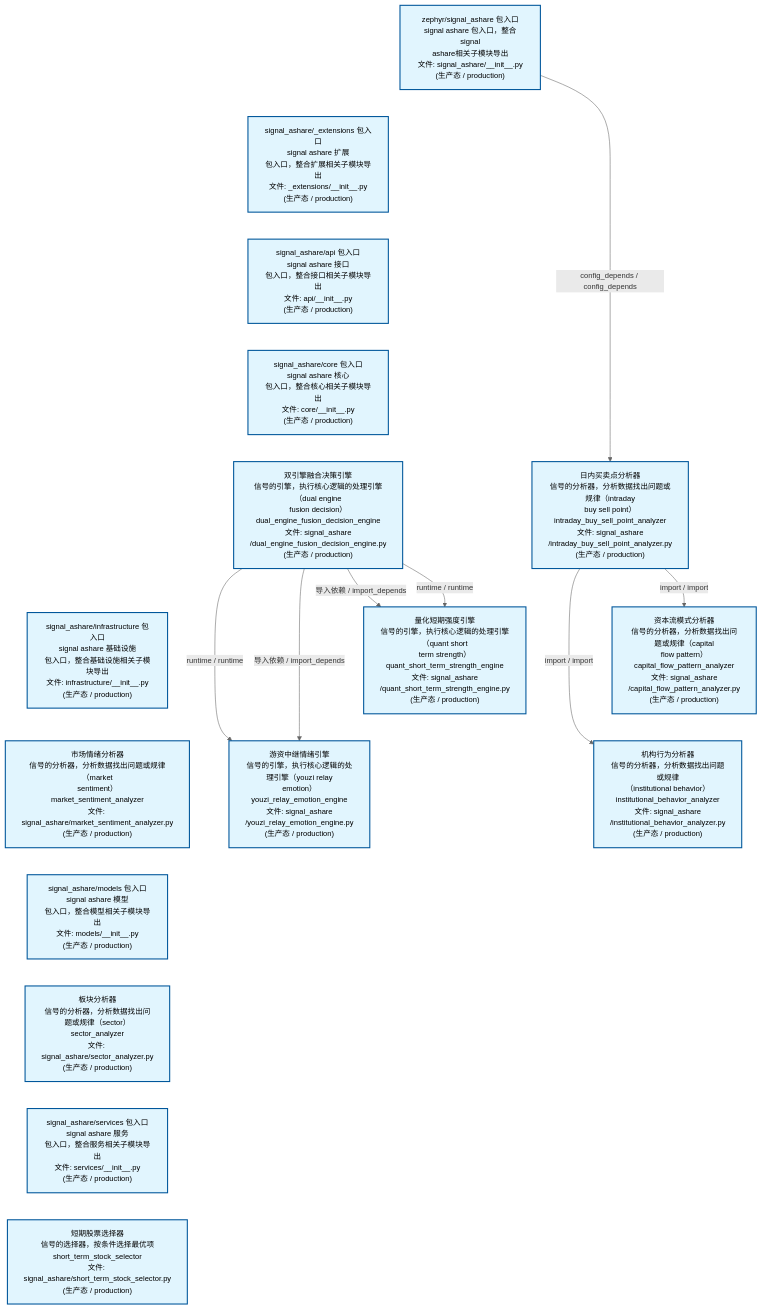
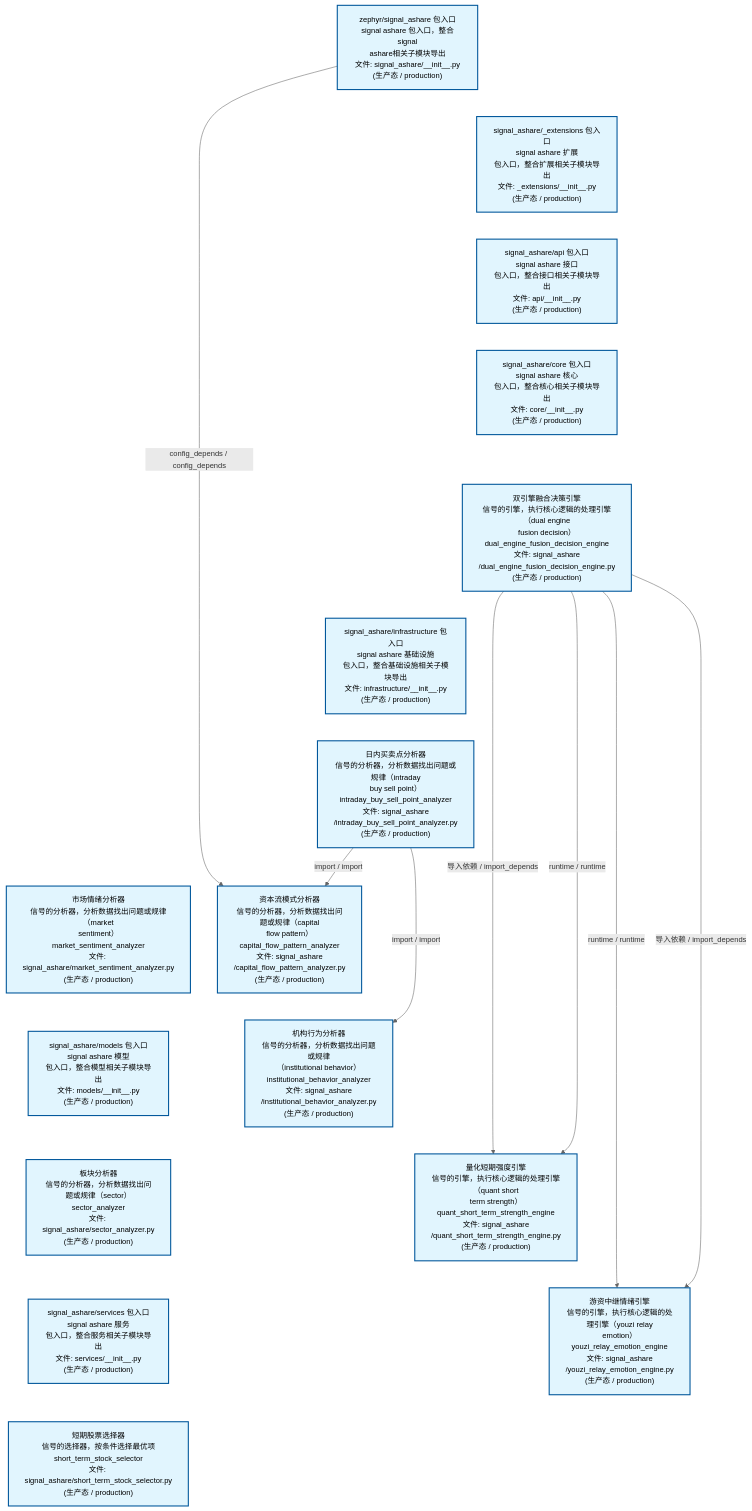
The second of 4 diagrams in docs/02_enterprise_architecture/02_domain_architecture_docs/32_d_ashare_signal.md (xuanFelixVan/ZephyrAlpha), drawn with Mermaid before and after one commit. The commit also changed other lines of this file and 44 other files, not shown here.

````diff
--- a/docs/02_enterprise_architecture/02_domain_architecture_docs/32_d_ashare_signal.md
+++ b/docs/02_enterprise_architecture/02_domain_architecture_docs/32_d_ashare_signal.md
@@ -111,45 +112,46 @@
 ```mermaid
 %%{init: {'theme': 'base', 'themeVariables': {'primaryColor': '#eaeaea', 'primaryTextColor': '#333333', 'primaryBorderColor': '#666666', 'lineColor': '#666666', 'secondaryColor': '#eaeaea', 'tertiaryColor': '#eaeaea', 'fontSize': '14px'}}}%%
 flowchart TD
     src_zephyr_signal_ashare_init_py["zephyr/signal_ashare 包入口<br/>signal ashare 包入口，整合signal<br/>ashare相关子模块导出<br/>文件: signal_ashare/__init__.py<br/>(生产态 / production)"]
     src_zephyr_signal_ashare_extensions_init_py["signal_ashare/_extensions 包入口<br/>signal ashare 扩展<br/>包入口，整合扩展相关子模块导出<br/>文件: _extensions/__init__.py<br/>(生产态 / production)"]
     src_zephyr_signal_ashare_api_init_py["signal_ashare/api 包入口<br/>signal ashare 接口<br/>包入口，整合接口相关子模块导出<br/>文件: api/__init__.py<br/>(生产态 / production)"]
     src_zephyr_signal_ashare_core_init_py["signal_ashare/core 包入口<br/>signal ashare 核心<br/>包入口，整合核心相关子模块导出<br/>文件: core/__init__.py<br/>(生产态 / production)"]
     src_zephyr_signal_ashare_dual_engine_fusion_decision_engine_py["双引擎融合决策引擎<br/>信号的引擎，执行核心逻辑的处理引擎（dual engine<br/>fusion decision）<br/>dual_engine_fusion_decision_engine<br/>文件: signal_ashare<br/>/dual_engine_fusion_decision_engine.py<br/>(生产态 / production)"]
     src_zephyr_signal_ashare_infrastructure_init_py["signal_ashare/infrastructure 包入口<br/>signal ashare 基础设施<br/>包入口，整合基础设施相关子模块导出<br/>文件: infrastructure/__init__.py<br/>(生产态 / production)"]
+    src_zephyr_signal_ashare_intraday_buy_sell_point_analyzer_py["日内买卖点分析器<br/>信号的分析器，分析数据找出问题或规律（intraday<br/>buy sell point）<br/>intraday_buy_sell_point_analyzer<br/>文件: signal_ashare<br/>/intraday_buy_sell_point_analyzer.py<br/>(生产态 / production)"]
     src_zephyr_signal_ashare_market_sentiment_analyzer_py["市场情绪分析器<br/>信号的分析器，分析数据找出问题或规律（market<br/>sentiment）<br/>market_sentiment_analyzer<br/>文件: signal_ashare/market_sentiment_analyzer.py<br/>(生产态 / production)"]
     src_zephyr_signal_ashare_models_init_py["signal_ashare/models 包入口<br/>signal ashare 模型<br/>包入口，整合模型相关子模块导出<br/>文件: models/__init__.py<br/>(生产态 / production)"]
     src_zephyr_signal_ashare_sector_analyzer_py["板块分析器<br/>信号的分析器，分析数据找出问题或规律（sector）<br/>sector_analyzer<br/>文件: signal_ashare/sector_analyzer.py<br/>(生产态 / production)"]
     src_zephyr_signal_ashare_services_init_py["signal_ashare/services 包入口<br/>signal ashare 服务<br/>包入口，整合服务相关子模块导出<br/>文件: services/__init__.py<br/>(生产态 / production)"]
     src_zephyr_signal_ashare_short_term_stock_selector_py["短期股票选择器<br/>信号的选择器，按条件选择最优项<br/>short_term_stock_selector<br/>文件: signal_ashare/short_term_stock_selector.py<br/>(生产态 / production)"]
     src_zephyr_signal_ashare_init_py ~~~ src_zephyr_signal_ashare_extensions_init_py
     src_zephyr_signal_ashare_extensions_init_py ~~~ src_zephyr_signal_ashare_api_init_py
     src_zephyr_signal_ashare_api_init_py ~~~ src_zephyr_signal_ashare_core_init_py
     src_zephyr_signal_ashare_core_init_py ~~~ src_zephyr_signal_ashare_dual_engine_fusion_decision_engine_py
     src_zephyr_signal_ashare_dual_engine_fusion_decision_engine_py ~~~ src_zephyr_signal_ashare_infrastructure_init_py
-    src_zephyr_signal_ashare_infrastructure_init_py ~~~ src_zephyr_signal_ashare_market_sentiment_analyzer_py
+    src_zephyr_signal_ashare_infrastructure_init_py ~~~ src_zephyr_signal_ashare_intraday_buy_sell_point_analyzer_py
+    src_zephyr_signal_ashare_intraday_buy_sell_point_analyzer_py ~~~ src_zephyr_signal_ashare_market_sentiment_analyzer_py
     src_zephyr_signal_ashare_market_sentiment_analyzer_py ~~~ src_zephyr_signal_ashare_models_init_py
     src_zephyr_signal_ashare_models_init_py ~~~ src_zephyr_signal_ashare_sector_analyzer_py
     src_zephyr_signal_ashare_sector_analyzer_py ~~~ src_zephyr_signal_ashare_services_init_py
     src_zephyr_signal_ashare_services_init_py ~~~ src_zephyr_signal_ashare_short_term_stock_selector_py
-    src_zephyr_signal_ashare_intraday_buy_sell_point_analyzer_py["日内买卖点分析器<br/>信号的分析器，分析数据找出问题或规律（intraday<br/>buy sell point）<br/>intraday_buy_sell_point_analyzer<br/>文件: signal_ashare<br/>/intraday_buy_sell_point_analyzer.py<br/>(生产态 / production)"]
+    src_zephyr_signal_ashare_capital_flow_pattern_analyzer_py["资本流模式分析器<br/>信号的分析器，分析数据找出问题或规律（capital<br/>flow pattern）<br/>capital_flow_pattern_analyzer<br/>文件: signal_ashare<br/>/capital_flow_pattern_analyzer.py<br/>(生产态 / production)"]
+    src_zephyr_signal_ashare_institutional_behavior_analyzer_py["机构行为分析器<br/>信号的分析器，分析数据找出问题或规律<br/>（institutional behavior）<br/>institutional_behavior_analyzer<br/>文件: signal_ashare<br/>/institutional_behavior_analyzer.py<br/>(生产态 / production)"]
     src_zephyr_signal_ashare_quant_short_term_strength_engine_py["量化短期强度引擎<br/>信号的引擎，执行核心逻辑的处理引擎（quant short<br/>term strength）<br/>quant_short_term_strength_engine<br/>文件: signal_ashare<br/>/quant_short_term_strength_engine.py<br/>(生产态 / production)"]
     src_zephyr_signal_ashare_youzi_relay_emotion_engine_py["游资中继情绪引擎<br/>信号的引擎，执行核心逻辑的处理引擎（youzi relay<br/>emotion）<br/>youzi_relay_emotion_engine<br/>文件: signal_ashare<br/>/youzi_relay_emotion_engine.py<br/>(生产态 / production)"]
-    src_zephyr_signal_ashare_intraday_buy_sell_point_analyzer_py ~~~ src_zephyr_signal_ashare_quant_short_term_strength_engine_py
+    src_zephyr_signal_ashare_capital_flow_pattern_analyzer_py ~~~ src_zephyr_signal_ashare_institutional_behavior_analyzer_py
+    src_zephyr_signal_ashare_institutional_behavior_analyzer_py ~~~ src_zephyr_signal_ashare_quant_short_term_strength_engine_py
     src_zephyr_signal_ashare_quant_short_term_strength_engine_py ~~~ src_zephyr_signal_ashare_youzi_relay_emotion_engine_py
-    src_zephyr_signal_ashare_capital_flow_pattern_analyzer_py["资本流模式分析器<br/>信号的分析器，分析数据找出问题或规律（capital<br/>flow pattern）<br/>capital_flow_pattern_analyzer<br/>文件: signal_ashare<br/>/capital_flow_pattern_analyzer.py<br/>(生产态 / production)"]
-    src_zephyr_signal_ashare_institutional_behavior_analyzer_py["机构行为分析器<br/>信号的分析器，分析数据找出问题或规律<br/>（institutional behavior）<br/>institutional_behavior_analyzer<br/>文件: signal_ashare<br/>/institutional_behavior_analyzer.py<br/>(生产态 / production)"]
-    src_zephyr_signal_ashare_capital_flow_pattern_analyzer_py ~~~ src_zephyr_signal_ashare_institutional_behavior_analyzer_py
+    src_zephyr_signal_ashare_dual_engine_fusion_decision_engine_py -->|runtime / runtime| src_zephyr_signal_ashare_youzi_relay_emotion_engine_py
+    src_zephyr_signal_ashare_dual_engine_fusion_decision_engine_py -->|导入依赖 / import_depends| src_zephyr_signal_ashare_youzi_relay_emotion_engine_py
+    src_zephyr_signal_ashare_dual_engine_fusion_decision_engine_py -->|导入依赖 / import_depends| src_zephyr_signal_ashare_quant_short_term_strength_engine_py
+    src_zephyr_signal_ashare_dual_engine_fusion_decision_engine_py -->|runtime / runtime| src_zephyr_signal_ashare_quant_short_term_strength_engine_py
+    src_zephyr_signal_ashare_init_py -->|config_depends / config_depends| src_zephyr_signal_ashare_capital_flow_pattern_analyzer_py
+    src_zephyr_signal_ashare_intraday_buy_sell_point_analyzer_py -->|import / import| src_zephyr_signal_ashare_capital_flow_pattern_analyzer_py
     src_zephyr_signal_ashare_intraday_buy_sell_point_analyzer_py -->|import / import| src_zephyr_signal_ashare_institutional_behavior_analyzer_py
-    src_zephyr_signal_ashare_intraday_buy_sell_point_analyzer_py -->|import / import| src_zephyr_signal_ashare_capital_flow_pattern_analyzer_py
-    src_zephyr_signal_ashare_dual_engine_fusion_decision_engine_py -->|runtime / runtime| src_zephyr_signal_ashare_quant_short_term_strength_engine_py
-    src_zephyr_signal_ashare_dual_engine_fusion_decision_engine_py -->|导入依赖 / import_depends| src_zephyr_signal_ashare_quant_short_term_strength_engine_py
-    src_zephyr_signal_ashare_dual_engine_fusion_decision_engine_py -->|导入依赖 / import_depends| src_zephyr_signal_ashare_youzi_relay_emotion_engine_py
-    src_zephyr_signal_ashare_dual_engine_fusion_decision_engine_py -->|runtime / runtime| src_zephyr_signal_ashare_youzi_relay_emotion_engine_py
-    src_zephyr_signal_ashare_init_py -->|config_depends / config_depends| src_zephyr_signal_ashare_intraday_buy_sell_point_analyzer_py
     classDef production fill:#e1f5fe,stroke:#01579b,stroke-width:2px,color:#000
     classDef design fill:#fff3e0,stroke:#e65100,stroke-width:2px,color:#000,stroke-dasharray: 5 5
     classDef external_prod fill:#e8f4fd,stroke:#0277bd,stroke-width:1px,color:#000
     classDef external_design fill:#fff8e7,stroke:#ef6c00,stroke-width:1px,color:#000,stroke-dasharray: 5 5
     class src_zephyr_signal_ashare_init_py,src_zephyr_signal_ashare_extensions_init_py,src_zephyr_signal_ashare_api_init_py,src_zephyr_signal_ashare_capital_flow_pattern_analyzer_py,src_zephyr_signal_ashare_core_init_py,src_zephyr_signal_ashare_dual_engine_fusion_decision_engine_py,src_zephyr_signal_ashare_infrastructure_init_py,src_zephyr_signal_ashare_institutional_behavior_analyzer_py,src_zephyr_signal_ashare_intraday_buy_sell_point_analyzer_py,src_zephyr_signal_ashare_market_sentiment_analyzer_py,src_zephyr_signal_ashare_models_init_py,src_zephyr_signal_ashare_quant_short_term_strength_engine_py,src_zephyr_signal_ashare_sector_analyzer_py,src_zephyr_signal_ashare_services_init_py,src_zephyr_signal_ashare_short_term_stock_selector_py,src_zephyr_signal_ashare_youzi_relay_emotion_engine_py production
 ```
````
